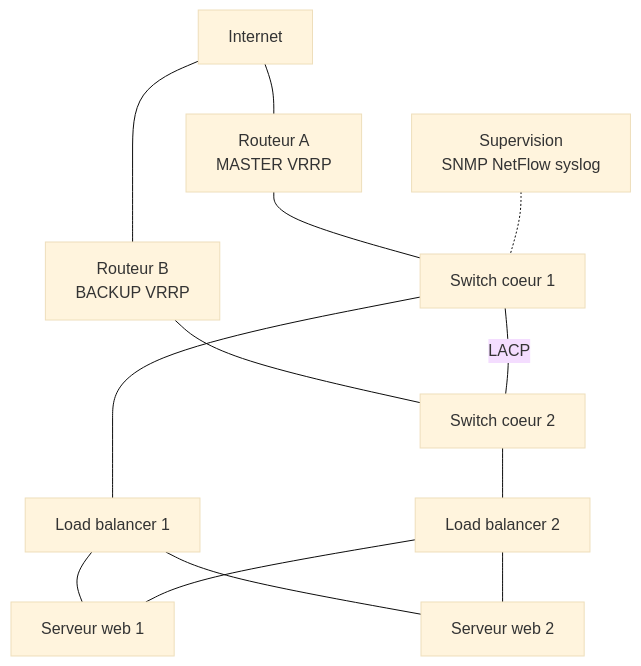
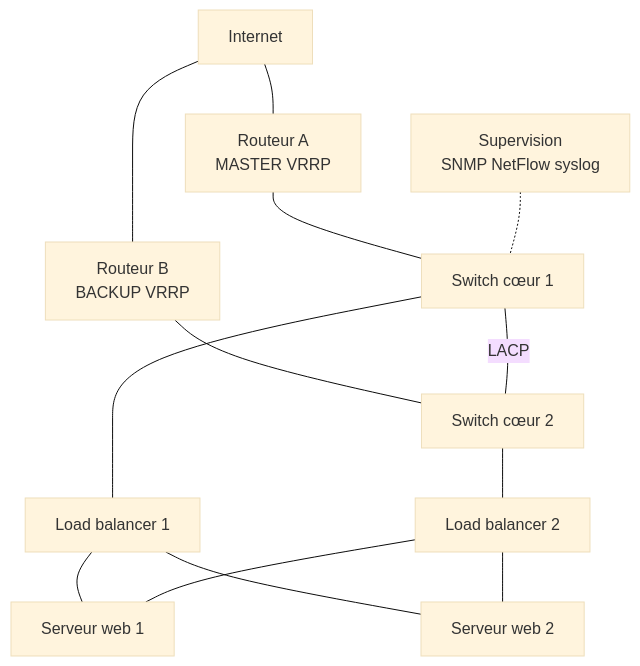
Before and after one commit to Gooseppr/GevOps_LC: the first of 2 diagrams in courses/reseaux-cybersecurite/12_ha_load_balancing_supervision.md, drawn with Mermaid (base theme). The commit also changed 56 other files, not shown here.

````diff
--- a/courses/reseaux-cybersecurite/12_ha_load_balancing_supervision.md
+++ b/courses/reseaux-cybersecurite/12_ha_load_balancing_supervision.md
@@ -72,15 +72,15 @@
 ```mermaid
 flowchart TB
   NET[Internet] --- RA[Routeur A<br/>MASTER VRRP]
   NET --- RB[Routeur B<br/>BACKUP VRRP]
-  RA --- SW1[Switch coeur 1]
-  RB --- SW2[Switch coeur 2]
+  RA --- SW1[Switch cœur 1]
+  RB --- SW2[Switch cœur 2]
   SW1 ---|LACP| SW2
   SW1 --- LB1[Load balancer 1]
   SW2 --- LB2[Load balancer 2]
   LB1 --- WEB1[Serveur web 1]
   LB1 --- WEB2[Serveur web 2]
   LB2 --- WEB1
   LB2 --- WEB2
   SUP[Supervision<br/>SNMP NetFlow syslog] -.- SW1
 ```
````
